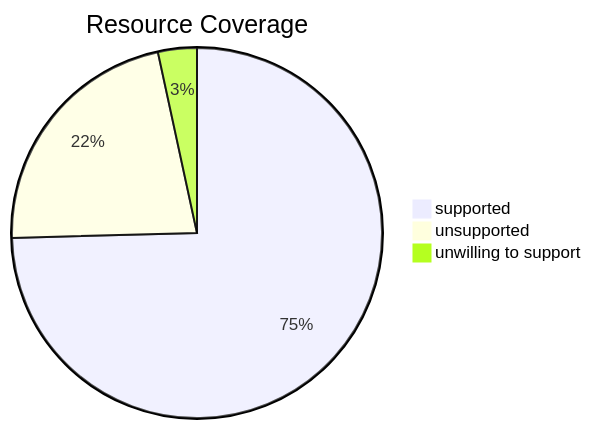
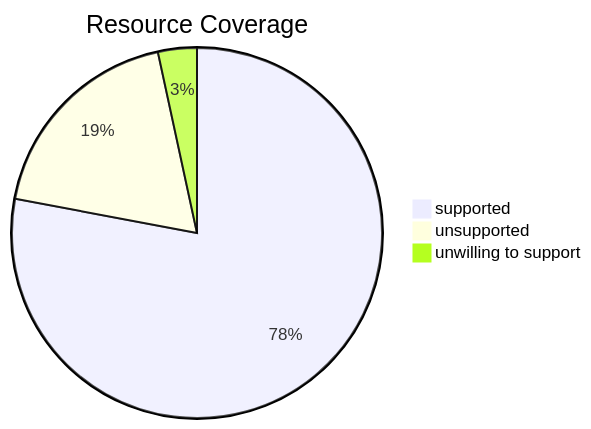
The diagram in README.md (lassoColombo/nuke), drawn with Mermaid before and after one commit. The commit also changed other lines of this file, not shown here.

````diff
--- a/README.md
+++ b/README.md
@@ -154,7 +155,7 @@
 ```mermaid
 pie title Resource Coverage
-    "supported" : 44
-    "unsupported" : 13
+    "supported" : 46
+    "unsupported" : 11
     "unwilling to support" : 2
 
 ```
````
